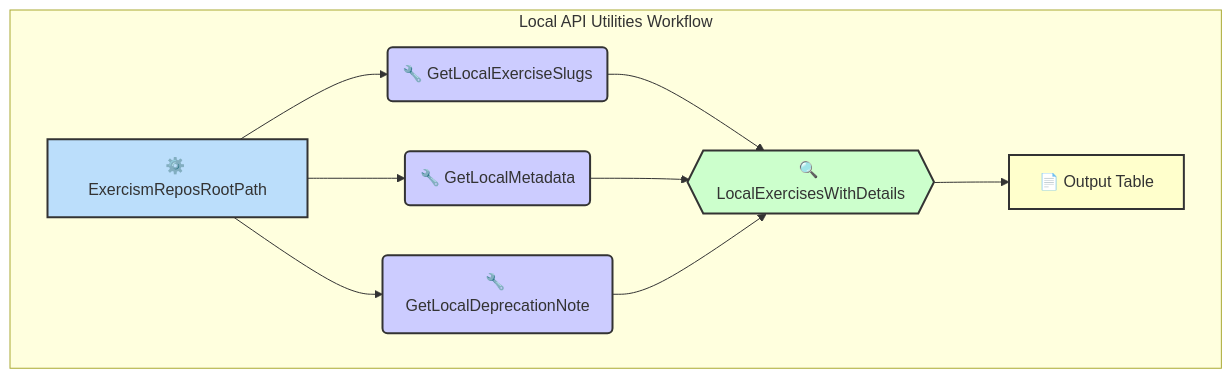
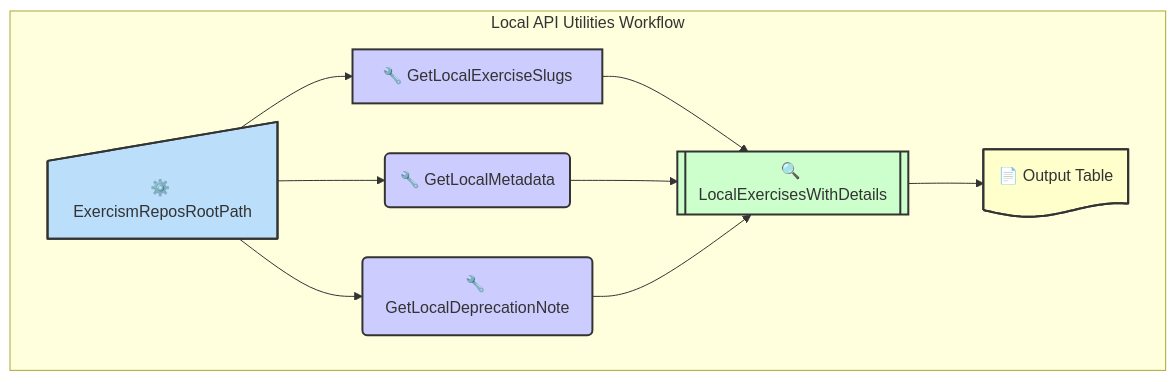
The diagram in docs/local-api.mermaid (rabestro/exercism-api-powerquery-m), drawn with Mermaid before and after one commit. The commit also changed other lines of this file, not shown here.

Commit message:
Update local-api.mermaid with new layout and shapes
Added configuration for layout and theme, updated node shapes, and adjusted styling for improved readability and alignment with visual standards. This ensures a clearer representation of the workflow.

```diff
--- a/docs/local-api.mermaid
+++ b/docs/local-api.mermaid
@@ -1,27 +1,34 @@
+---
+config:
+  layout: dagre
+  theme: mc
+---
 flowchart TD
   subgraph subGraph0["Local API Utilities Workflow"]
-    B("🔧 GetLocalExerciseSlugs")
+    B["🔧 GetLocalExerciseSlugs"]
     A["⚙️ ExercismReposRootPath"]
     C("🔧 GetLocalMetadata")
     D("🔧 GetLocalDeprecationNote")
     E["🔍 LocalExercisesWithDetails"]
     F["📄 Output Table"]
   end
   A --> B & C & D
   B --> E
   C --> E
   D --> E
   E --> F
-
-  E@{ shape: hex}
+  B@{ shape: proc}
+  A@{ shape: manual-input}
+  E@{ shape: subproc}
+  F@{ shape: doc}
   B:::func
   A:::param
   C:::func
   D:::func
   E:::query
   F:::output
   classDef param fill:#f9f,stroke:#333,stroke-width:2px,color:#333
   classDef func fill:#ccf,stroke:#333,stroke-width:2px,color:#333
   classDef query fill:#cfc,stroke:#333,stroke-width:2px,color:#333
   classDef output fill:#ffc,stroke:#333,stroke-width:2px,color:#333
   style A fill:#BBDEFB
```
